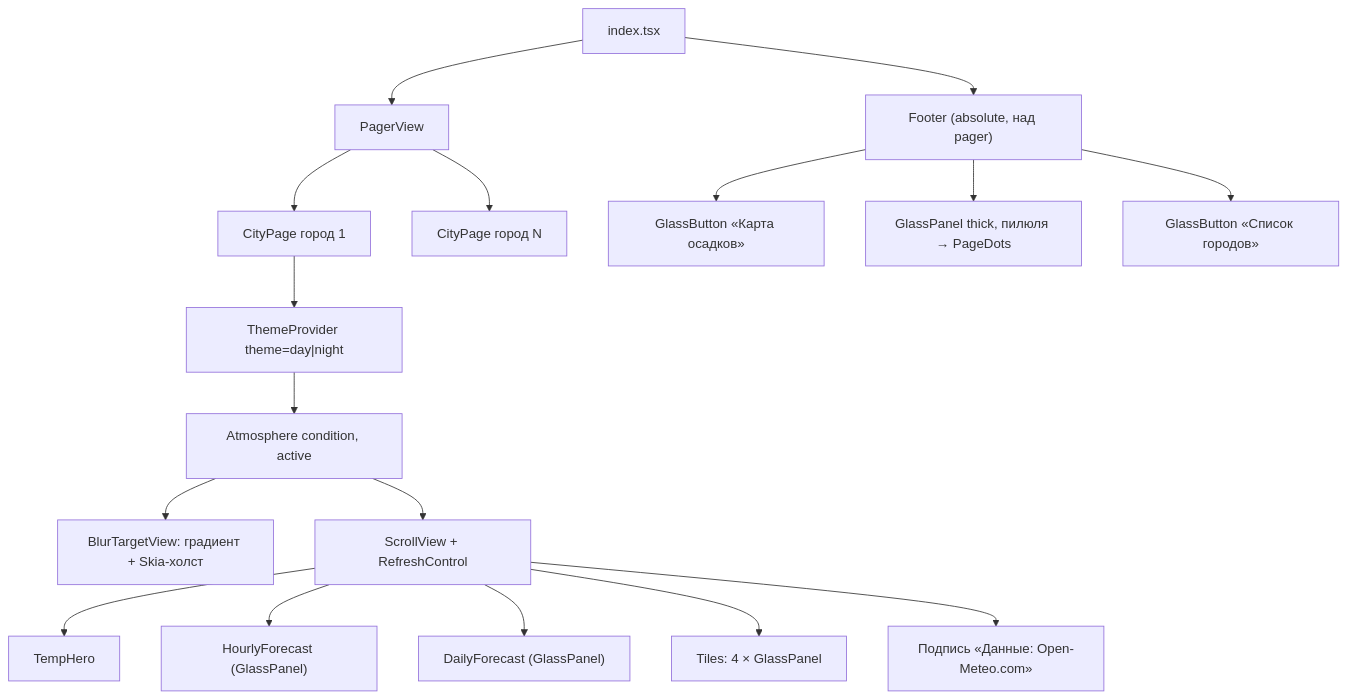
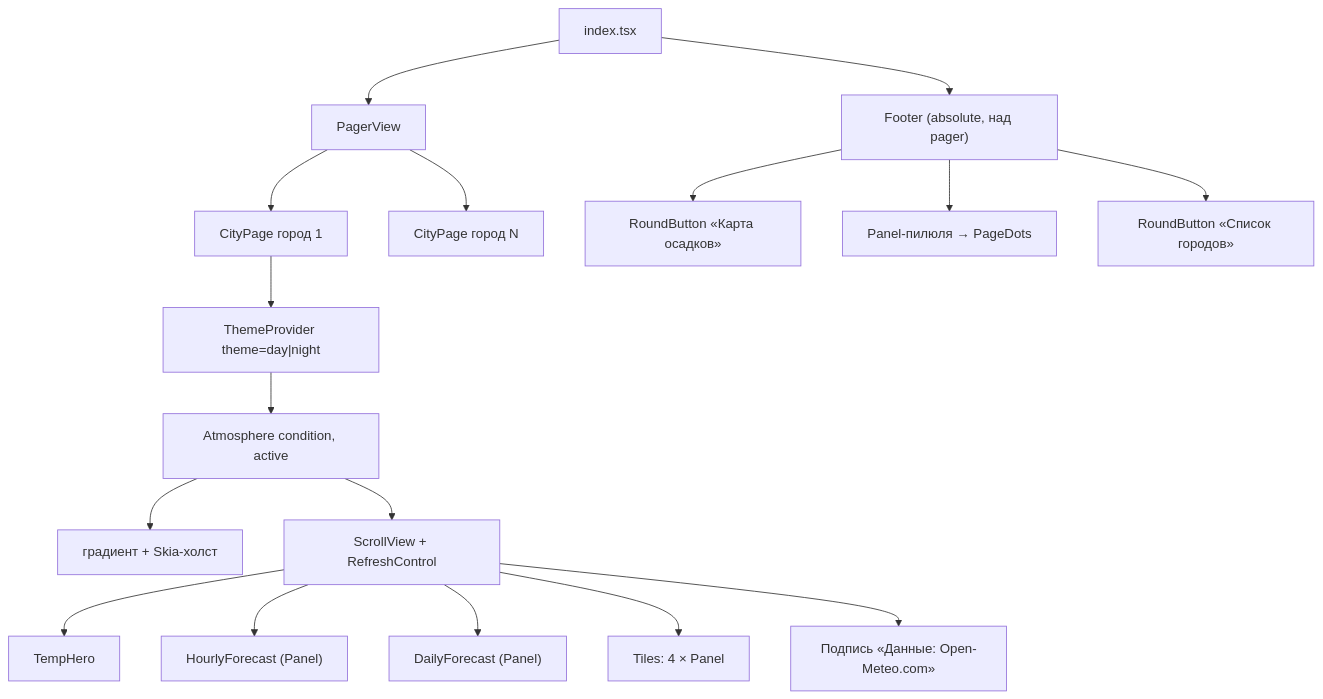
The fifth of 5 diagrams in docs/tech/01-architecture.md (NickFilippov/one-more-weather-app), drawn with Mermaid before and after one commit. The commit also changed other lines of this file and 15 other files, not shown here.

````diff
--- a/docs/tech/01-architecture.md
+++ b/docs/tech/01-architecture.md
@@ -222,19 +222,19 @@
 ```mermaid
 flowchart TB
   Screen["index.tsx"] --> Pager["PagerView"]
   Screen --> Footer["Footer (absolute, над pager)"]
   Pager --> Page1["CityPage город 1"]
   Pager --> PageN["CityPage город N"]
   Page1 --> TP["ThemeProvider theme=day|night"]
   TP --> Atm["Atmosphere condition, active"]
-  Atm --> Target["BlurTargetView: градиент + Skia-холст"]
+  Atm --> Sky["градиент + Skia-холст"]
   Atm --> Scroll["ScrollView + RefreshControl"]
   Scroll --> Hero["TempHero"]
-  Scroll --> Hourly["HourlyForecast (GlassPanel)"]
-  Scroll --> Daily["DailyForecast (GlassPanel)"]
-  Scroll --> Tiles["Tiles: 4 × GlassPanel"]
+  Scroll --> Hourly["HourlyForecast (Panel)"]
+  Scroll --> Daily["DailyForecast (Panel)"]
+  Scroll --> Tiles["Tiles: 4 × Panel"]
   Scroll --> Attr["Подпись «Данные: Open-Meteo.com»"]
-  Footer --> BMap["GlassButton «Карта осадков»"]
-  Footer --> Pill["GlassPanel thick, пилюля → PageDots"]
-  Footer --> BList["GlassButton «Список городов»"]
+  Footer --> BMap["RoundButton «Карта осадков»"]
+  Footer --> Pill["Panel-пилюля → PageDots"]
+  Footer --> BList["RoundButton «Список городов»"]
 ```
````
